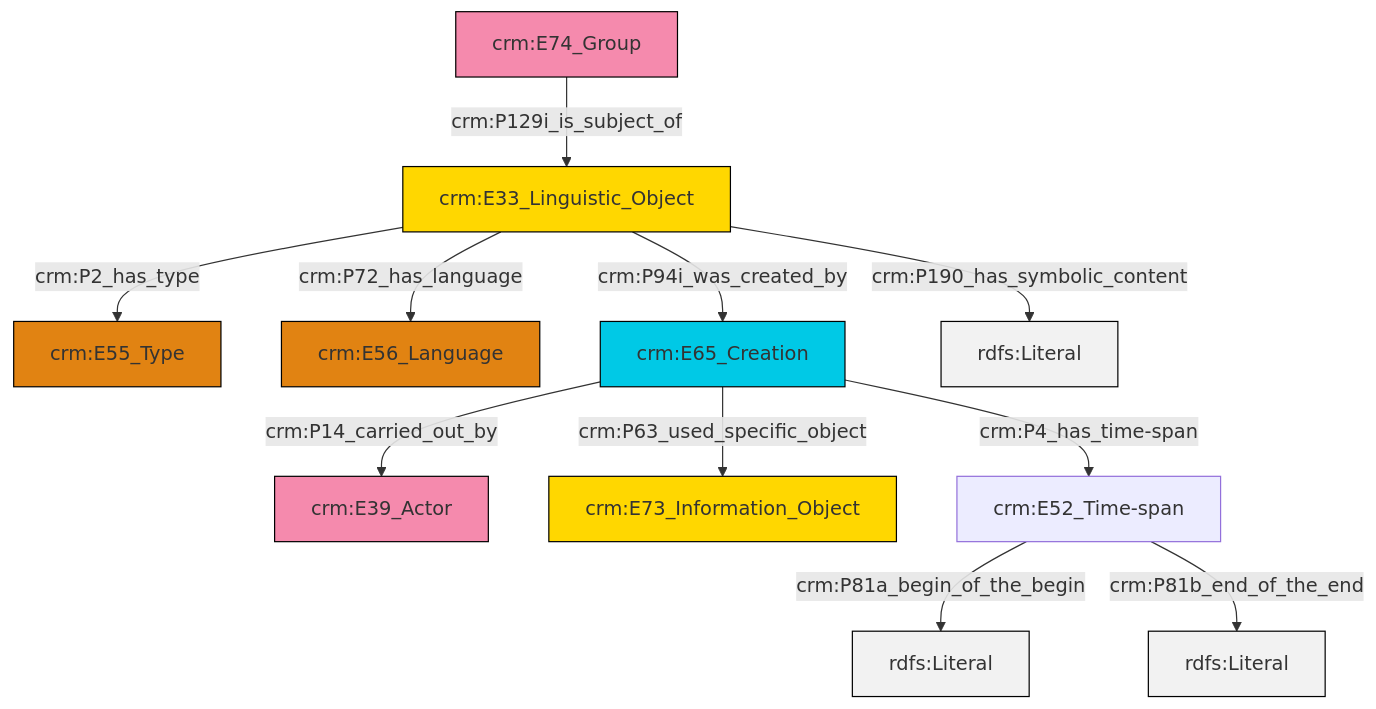
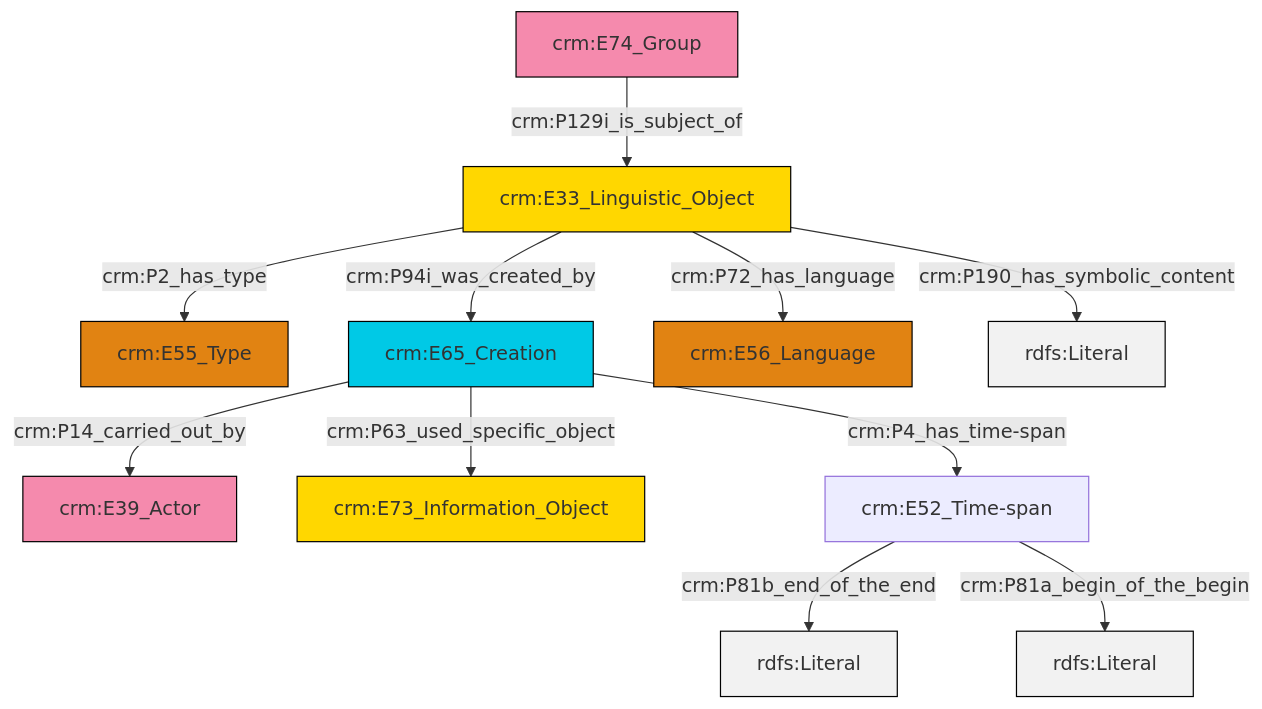
Before and after one commit to swiss-art-research-net/reference-data-models: the diagram in et/groupCSV/ttl/mmd/group_description.ttl.mmd, drawn with Mermaid. The commit also changed 127 other files, not shown here.

```diff
--- a/et/groupCSV/ttl/mmd/group_description.ttl.mmd
+++ b/et/groupCSV/ttl/mmd/group_description.ttl.mmd
@@ -1,25 +1,25 @@
 graph TD
 classDef Literal fill:#f2f2f2,stroke:#000000;
 classDef CRM_Entity fill:#FFFFFF,stroke:#000000;
 classDef Temporal_Entity fill:#00C9E6, stroke:#000000;
 classDef Type fill:#E18312, stroke:#000000;
 classDef Time-Span fill:#2C9C91, stroke:#000000;
 classDef Appellation fill:#FFEB7F, stroke:#000000;
 classDef Place fill:#008836, stroke:#000000;
 classDef Persistent_Item fill:#B266B2, stroke:#000000;
 classDef Conceptual_Object fill:#FFD700, stroke:#000000;
 classDef Physical_Thing fill:#D2B48C, stroke:#000000;
 classDef Actor fill:#f58aad, stroke:#000000;
 classDef PC_Classes fill:#4ce600, stroke:#000000;
 classDef Multi fill:#cccccc,stroke:#000000;
 
-2["crm:E74_Group"]:::Actor -->|crm:P129i_is_subject_of| 4["crm:E33_Linguistic_Object"]:::Conceptual_Object
-4["crm:E33_Linguistic_Object"]:::Conceptual_Object -->|crm:P94i_was_created_by| 7["crm:E65_Creation"]:::Temporal_Entity
-7["crm:E65_Creation"]:::Temporal_Entity -->|crm:P14_carried_out_by| 8["crm:E39_Actor"]:::Actor
-4["crm:E33_Linguistic_Object"]:::Conceptual_Object -->|crm:P2_has_type| 0["crm:E55_Type"]:::Type
-7["crm:E65_Creation"]:::Temporal_Entity -->|crm:P63_used_specific_object| 9["crm:E73_Information_Object"]:::Conceptual_Object
-4["crm:E33_Linguistic_Object"]:::Conceptual_Object -->|crm:P72_has_language| 5["crm:E56_Language"]:::Type
-10["crm:E52_Time-span"]:::Default -->|crm:P81a_begin_of_the_begin| 11[rdfs:Literal]:::Literal
-4["crm:E33_Linguistic_Object"]:::Conceptual_Object -->|crm:P190_has_symbolic_content| 12[rdfs:Literal]:::Literal
-7["crm:E65_Creation"]:::Temporal_Entity -->|crm:P4_has_time-span| 10["crm:E52_Time-span"]:::Default
-10["crm:E52_Time-span"]:::Default -->|crm:P81b_end_of_the_end| 16[rdfs:Literal]:::Literal
+0["crm:E33_Linguistic_Object"]:::Conceptual_Object -->|crm:P2_has_type| 1["crm:E55_Type"]:::Type
+2["crm:E65_Creation"]:::Temporal_Entity -->|crm:P14_carried_out_by| 3["crm:E39_Actor"]:::Actor
+2["crm:E65_Creation"]:::Temporal_Entity -->|crm:P63_used_specific_object| 4["crm:E73_Information_Object"]:::Conceptual_Object
+0["crm:E33_Linguistic_Object"]:::Conceptual_Object -->|crm:P72_has_language| 5["crm:E56_Language"]:::Type
+6["crm:E52_Time-span"]:::Default -->|crm:P81b_end_of_the_end| 7[rdfs:Literal]:::Literal
+2["crm:E65_Creation"]:::Temporal_Entity -->|crm:P4_has_time-span| 6["crm:E52_Time-span"]:::Default
+6["crm:E52_Time-span"]:::Default -->|crm:P81a_begin_of_the_begin| 11[rdfs:Literal]:::Literal
+0["crm:E33_Linguistic_Object"]:::Conceptual_Object -->|crm:P190_has_symbolic_content| 14[rdfs:Literal]:::Literal
+15["crm:E74_Group"]:::Actor -->|crm:P129i_is_subject_of| 0["crm:E33_Linguistic_Object"]:::Conceptual_Object
+0["crm:E33_Linguistic_Object"]:::Conceptual_Object -->|crm:P94i_was_created_by| 2["crm:E65_Creation"]:::Temporal_Entity
```
